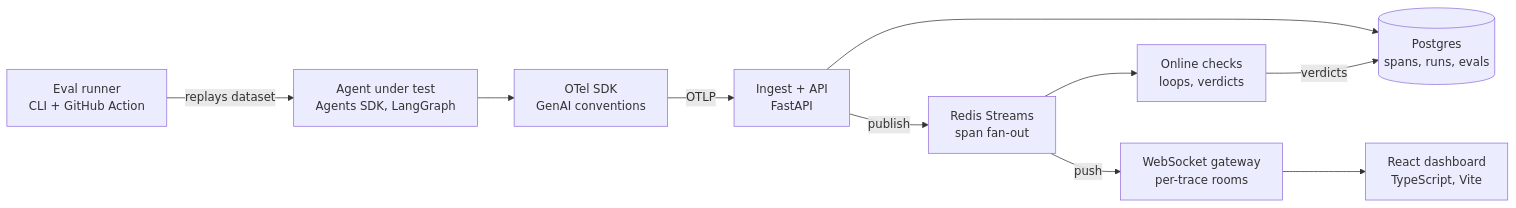
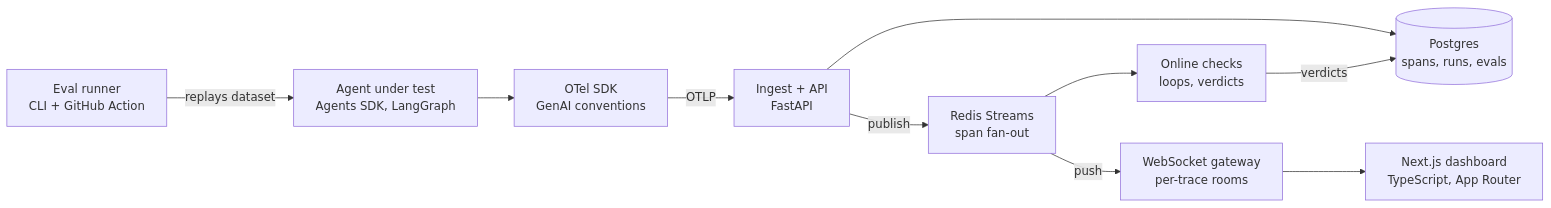
The diagram in docs/PRD.md (rithanisk/agent-observability-dashboard), drawn with Mermaid before and after one commit. The commit also changed other lines of this file and 39 other files, not shown here.

````diff
--- a/docs/PRD.md
+++ b/docs/PRD.md
@@ -128,12 +128,12 @@
 ```mermaid
 flowchart LR
     Agent["Agent under test<br/>Agents SDK, LangGraph"] --> SDK["OTel SDK<br/>GenAI conventions"]
     SDK -- OTLP --> Ingest["Ingest + API<br/>FastAPI"]
     Ingest --> PG[("Postgres<br/>spans, runs, evals")]
     Ingest -- publish --> Redis["Redis Streams<br/>span fan-out"]
     Redis --> Checks["Online checks<br/>loops, verdicts"]
     Checks -- verdicts --> PG
     Redis -- push --> WS["WebSocket gateway<br/>per-trace rooms"]
-    WS --> UI["React dashboard<br/>TypeScript, Vite"]
+    WS --> UI["Next.js dashboard<br/>TypeScript, App Router"]
     Eval["Eval runner<br/>CLI + GitHub Action"] -- replays dataset --> Agent
 ```
````
